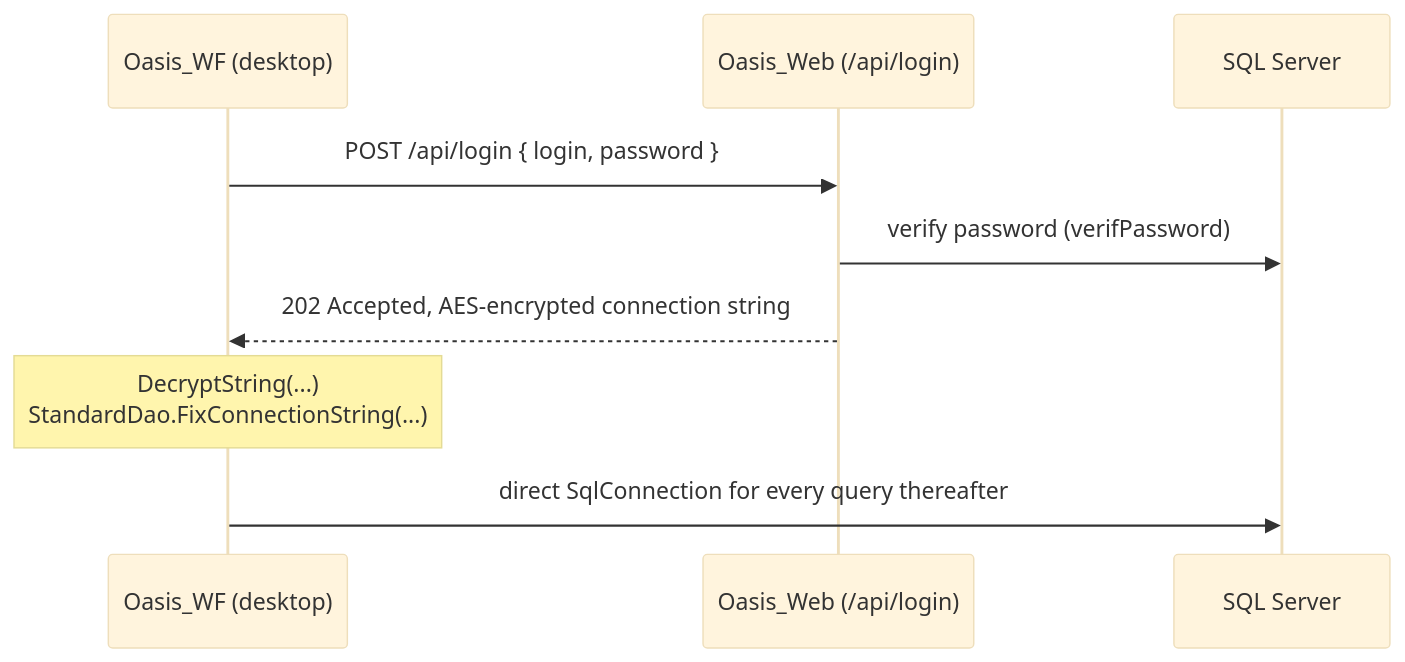
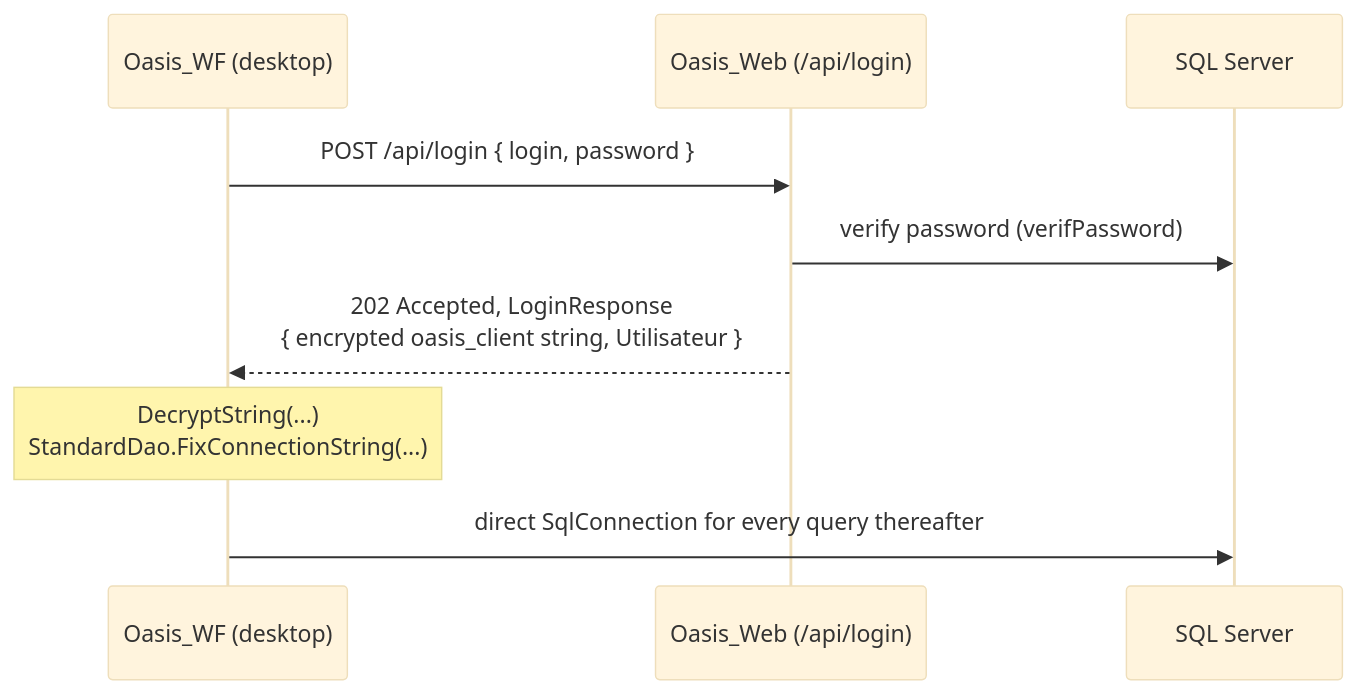
Before and after one commit to Synovora/DSO: the diagram in README.md, drawn with Mermaid (base theme). The commit also changed other lines of this file and 108 other files, not shown here.

````diff
--- a/README.md
+++ b/README.md
@@ -79,12 +79,12 @@
 ```mermaid
 sequenceDiagram
     participant C as Oasis_WF (desktop)
     participant A as Oasis_Web (/api/login)
     participant D as SQL Server
 
     C->>A: POST /api/login  { login, password }
     A->>D: verify password (verifPassword)
-    A-->>C: 202 Accepted, AES-encrypted connection string
+    A-->>C: 202 Accepted, LoginResponse<br/>{ encrypted oasis_client string, Utilisateur }
     Note over C: DecryptString(...)<br/>StandardDao.FixConnectionString(...)
     C->>D: direct SqlConnection for every query thereafter
 ```
````
